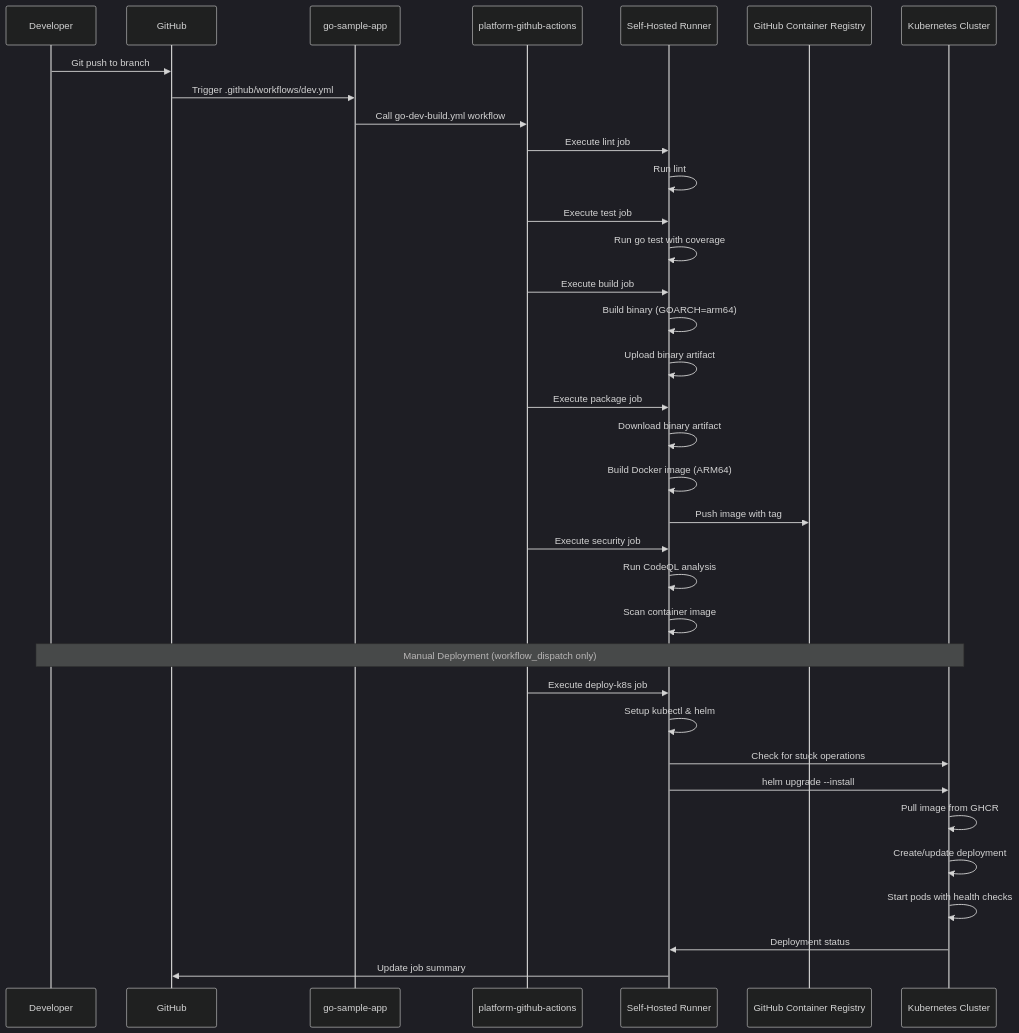
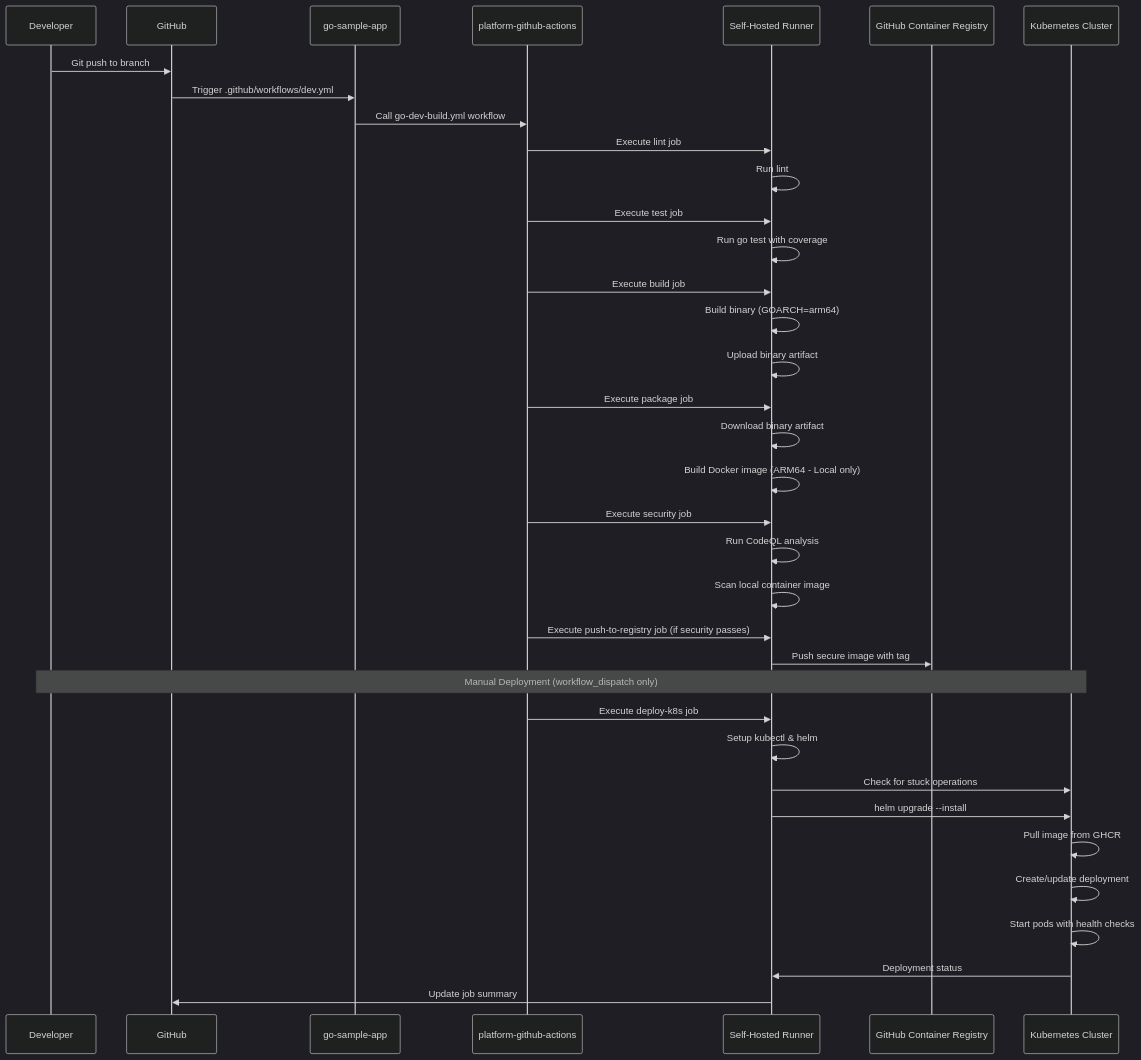
The fourth of 7 diagrams in FLOW.md (altimetrik-digital-enablement-demo-hub/platform-github-actions), drawn with Mermaid (dark theme) before and after one commit. The commit also changed other lines of this file and 1 other file, not shown here.

Commit message:
fix: changed flow - push image to registry after scans

````diff
--- a/FLOW.md
+++ b/FLOW.md
@@ -110,45 +113,47 @@
 ```mermaid
 sequenceDiagram
     participant Dev as Developer
     participant GH as GitHub
     participant App as go-sample-app
     participant Platform as platform-github-actions
     participant Runner as Self-Hosted Runner
     participant GHCR as GitHub Container Registry
     participant K8s as Kubernetes Cluster
 
     Dev->>GH: Git push to branch
     GH->>App: Trigger .github/workflows/dev.yml
     App->>Platform: Call go-dev-build.yml workflow
     
     Platform->>Runner: Execute lint job
     Runner->>Runner: Run lint
     
     Platform->>Runner: Execute test job
     Runner->>Runner: Run go test with coverage
     
     Platform->>Runner: Execute build job
     Runner->>Runner: Build binary (GOARCH=arm64)
     Runner->>Runner: Upload binary artifact
     
     Platform->>Runner: Execute package job
     Runner->>Runner: Download binary artifact
-    Runner->>Runner: Build Docker image (ARM64)
-    Runner->>GHCR: Push image with tag
+    Runner->>Runner: Build Docker image (ARM64 - Local only)
     
     Platform->>Runner: Execute security job
     Runner->>Runner: Run CodeQL analysis
-    Runner->>Runner: Scan container image
+    Runner->>Runner: Scan local container image
+    
+    Platform->>Runner: Execute push-to-registry job (if security passes)
+    Runner->>GHCR: Push secure image with tag
     
     Note over Dev,K8s: Manual Deployment (workflow_dispatch only)
     
     Platform->>Runner: Execute deploy-k8s job
     Runner->>Runner: Setup kubectl & helm
     Runner->>K8s: Check for stuck operations
     Runner->>K8s: helm upgrade --install
     K8s->>K8s: Pull image from GHCR
     K8s->>K8s: Create/update deployment
     K8s->>K8s: Start pods with health checks
     K8s->>Runner: Deployment status
     Runner->>GH: Update job summary
 ```
````
